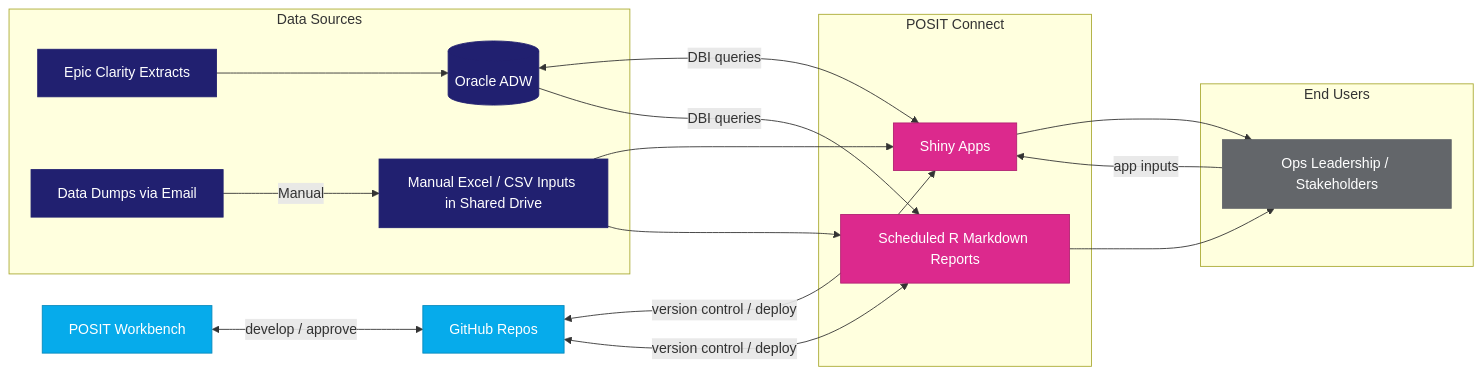
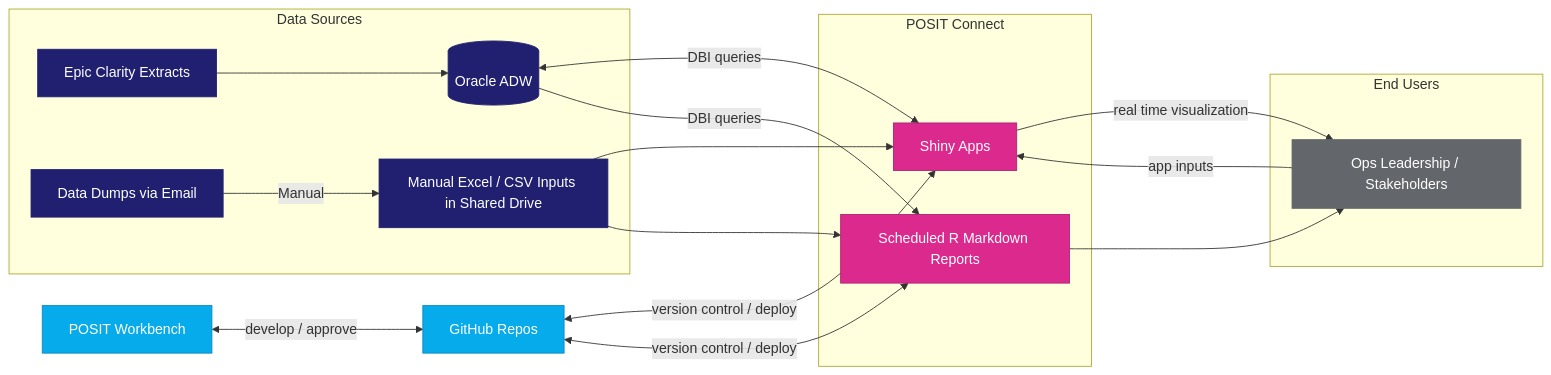
The diagram in Databricks/README.md (MSHS-OAO/Databricks-Tableau-User-Guide), drawn with Mermaid before and after one commit.

Commit message:
Update SHINY to reflect real-time visualization

````diff
--- a/Databricks/README.md
+++ b/Databricks/README.md
@@ -4,45 +4,45 @@
 ```mermaid
 flowchart LR
     subgraph Sources["Data Sources"]
         EPIC[Epic Clarity Extracts]
         ORA[(Oracle ADW)]
         EMAIL[Data Dumps via Email]
         XLS[Manual Excel / CSV Inputs in Shared Drive]
     end
 
     subgraph Deploy["POSIT Connect"]
         SHINY[Shiny Apps]
         RPT[Scheduled R Markdown Reports]
     end
 
     GH[GitHub Repos]
     RS[POSIT Workbench]
 
     subgraph Users["End Users"]
         USR[Ops Leadership / Stakeholders]
     end
 
     EPIC --> ORA
     ORA <-->|DBI queries| SHINY
     ORA -->|DBI queries| RPT
     EMAIL -->|Manual| XLS
     XLS --> SHINY
     XLS --> RPT
     GH <-->|version control / deploy| SHINY
     GH <-->|version control / deploy| RPT
-    SHINY --> USR
+    SHINY -->|real time visualization| USR
     RPT --> USR
     USR -->|app inputs| SHINY
     RS <--> |develop / approve|GH
     
 
     classDef navy fill:#212070,stroke:#212070,color:#ffffff
     classDef cyan fill:#06ABEB,stroke:#0689BC,color:#ffffff
     classDef magenta fill:#DC298D,stroke:#B02171,color:#ffffff
     classDef gray fill:#63666A,stroke:#63666A,color:#ffffff
 
     class EPIC,ORA,EMAIL,XLS navy
     class GH,RS cyan
     class SHINY,RPT magenta
     class USR gray
 ```
````
